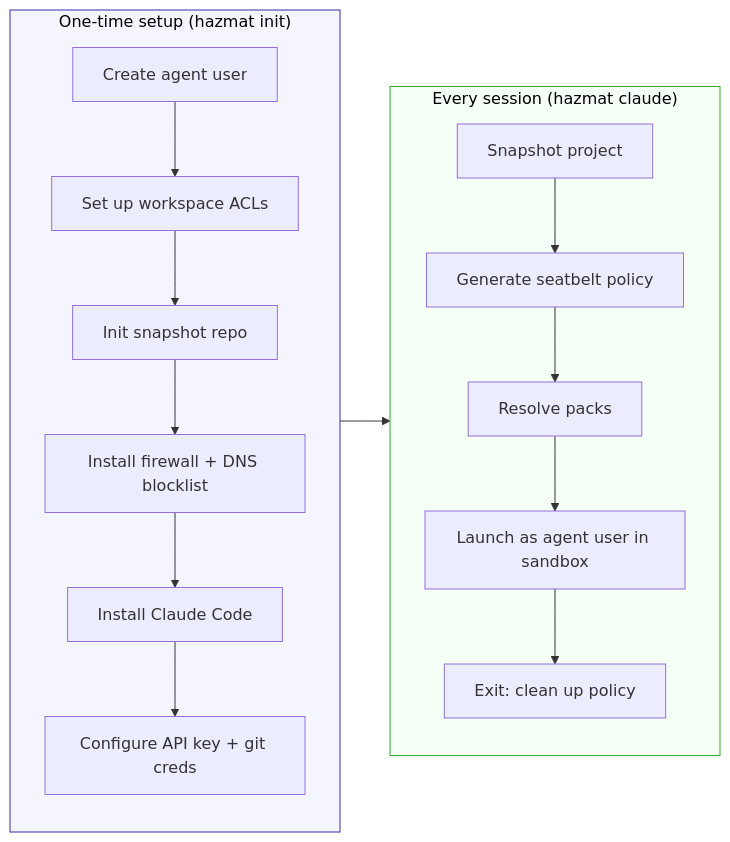
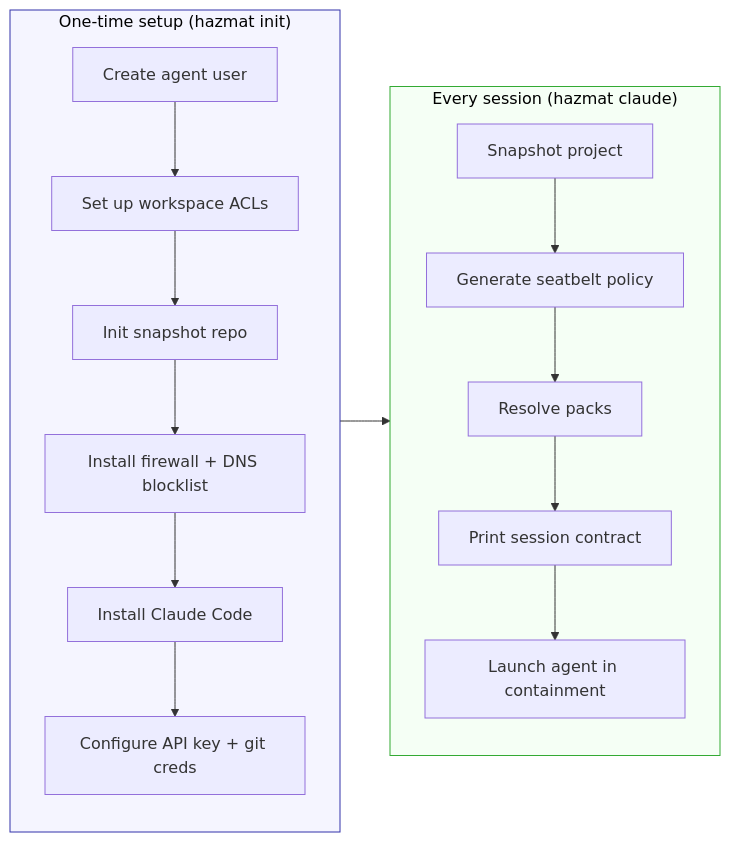
Before and after one commit to dredozubov/hazmat: the diagram in docs/usage.md, drawn with Mermaid. The commit also changed other lines of this file and 1 other file, not shown here.

First line of the commit message:
docs: Rewrite README and usage around session contract

````diff
--- a/docs/usage.md
+++ b/docs/usage.md
@@ -16,22 +16,22 @@
 ```mermaid
 flowchart LR
     subgraph once ["One-time setup (hazmat init)"]
         direction TB
         I1[Create agent user] --> I2[Set up workspace ACLs]
         I2 --> I3[Init snapshot repo]
         I3 --> I4[Install firewall + DNS blocklist]
         I4 --> I5[Install Claude Code]
         I5 --> I6[Configure API key + git creds]
     end
     subgraph daily ["Every session (hazmat claude)"]
         direction TB
         D1[Snapshot project] --> D2[Generate seatbelt policy]
         D2 --> D3[Resolve packs]
-        D3 --> D4[Launch as agent user in sandbox]
-        D4 --> D5[Exit: clean up policy]
+        D3 --> D4[Print session contract]
+        D4 --> D5[Launch agent in containment]
     end
     once --> daily
 
     style once fill:#f5f5ff,stroke:#33a,color:#000
     style daily fill:#f5fff5,stroke:#3a3,color:#000
 ```
````
